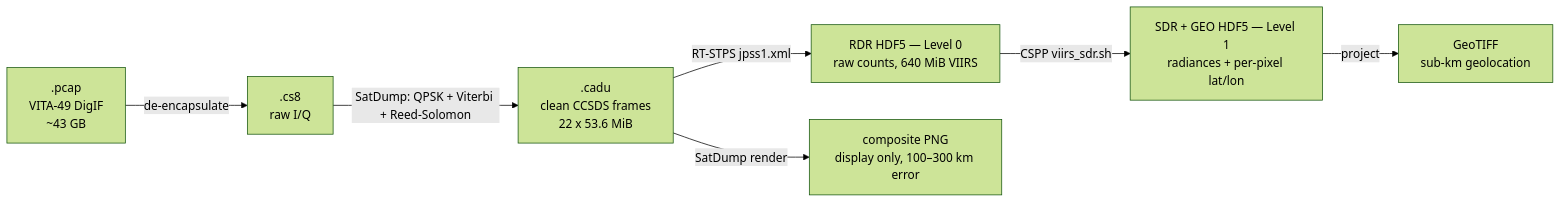
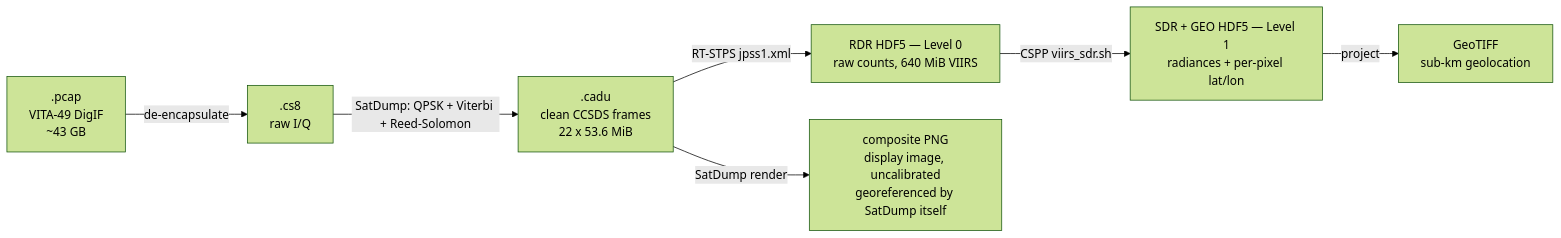
Before and after one commit to Mat0x4e/awsgroundstation: the second of 2 diagrams in docs/ARCHITECTURE.md, drawn with Mermaid (forest theme). The commit also changed other lines of this file and 1 other file, not shown here.

First line of the commit message:
docs: stop attributing our integration's geolocation error to SatDump

````diff
--- a/docs/ARCHITECTURE.md
+++ b/docs/ARCHITECTURE.md
@@ -79,9 +79,9 @@
 ```mermaid
 flowchart LR
     PCAP[".pcap<br/>VITA-49 DigIF<br/>~43 GB"] -->|de-encapsulate| CS8[".cs8<br/>raw I/Q"]
     CS8 -->|"SatDump: QPSK + Viterbi + Reed-Solomon"| CADU[".cadu<br/>clean CCSDS frames<br/>22 x 53.6 MiB"]
     CADU -->|"RT-STPS jpss1.xml"| RDR["RDR HDF5 — Level 0<br/>raw counts, 640 MiB VIIRS"]
     RDR -->|"CSPP viirs_sdr.sh"| SDR["SDR + GEO HDF5 — Level 1<br/>radiances + per-pixel lat/lon"]
     SDR -->|project| TIF["GeoTIFF<br/>sub-km geolocation"]
-    CADU -->|"SatDump render"| PNG["composite PNG<br/>display only, 100–300 km error"]
+    CADU -->|"SatDump render"| PNG["composite PNG<br/>display image, uncalibrated<br/>georeferenced by SatDump itself"]
 ```
````
